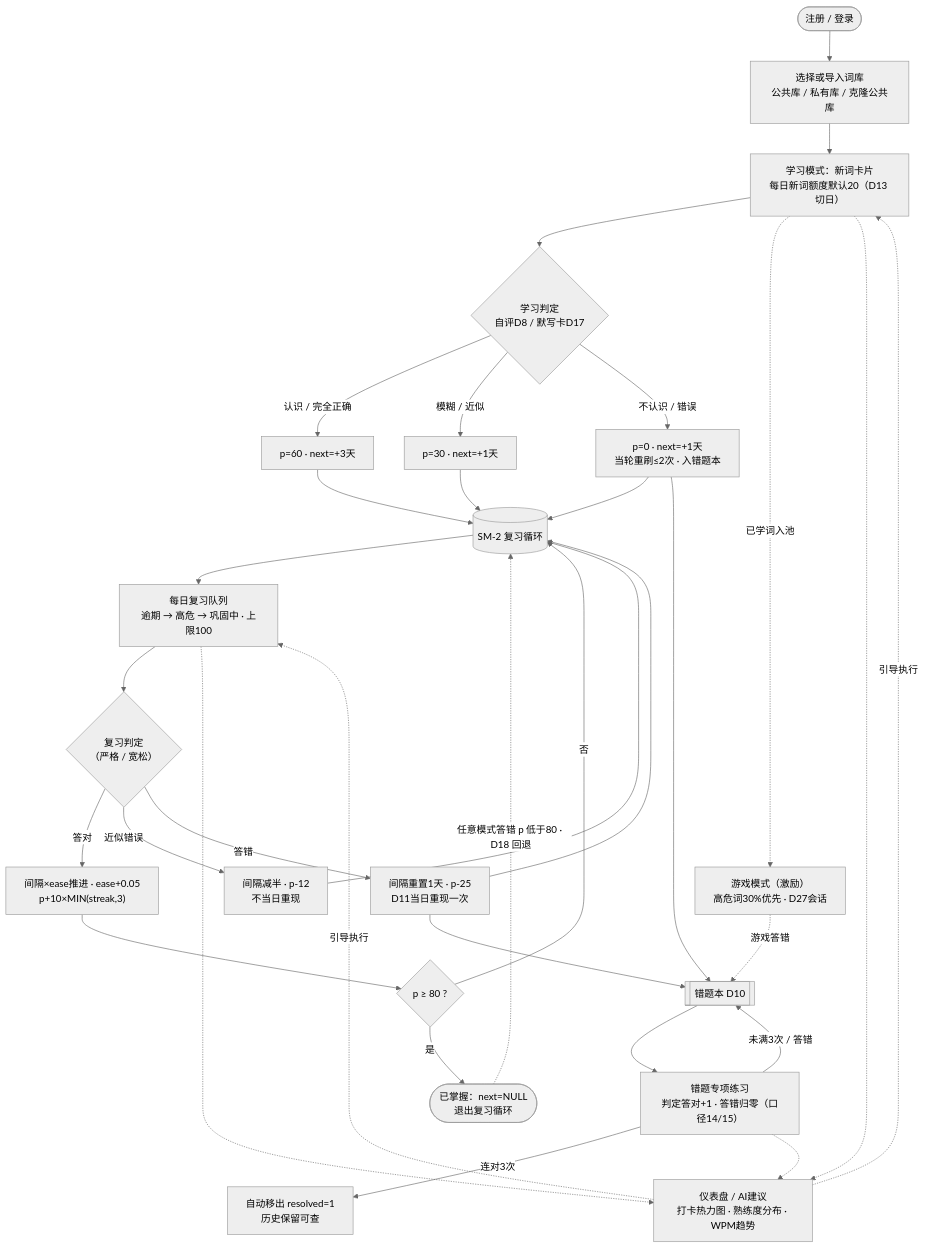
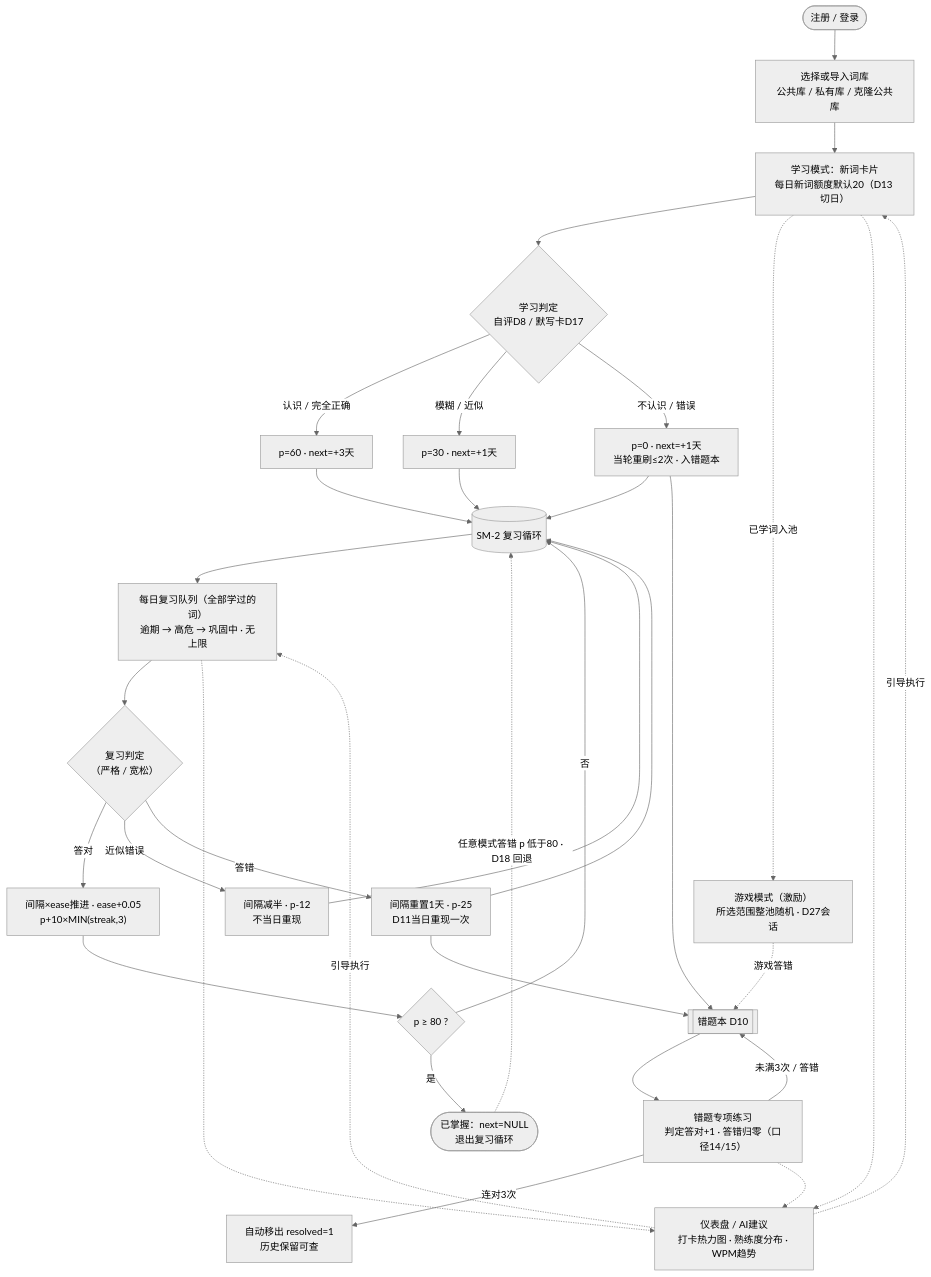
The second of 10 diagrams in docs/业务流程图与功能架构图.md (q0375/WordType), drawn with Mermaid (neutral theme) before and after one commit. The commit also changed other lines of this file and 105 other files, not shown here.

````diff
--- a/docs/业务流程图与功能架构图.md
+++ b/docs/业务流程图与功能架构图.md
@@ -55,35 +55,35 @@
 ```mermaid
 flowchart TD
     S([注册 / 登录]) --> B["选择或导入词库<br/>公共库 / 私有库 / 克隆公共库"]
     B --> C["学习模式：新词卡片<br/>每日新词额度默认20（D13 切日）"]
     C --> D{"学习判定<br/>自评D8 / 默写卡D17"}
     D -->|"认识 / 完全正确"| E["p=60 · next=+3天"]
     D -->|"模糊 / 近似"| F["p=30 · next=+1天"]
     D -->|"不认识 / 错误"| G["p=0 · next=+1天<br/>当轮重刷≤2次 · 入错题本"]
     E --> H[("SM-2 复习循环")]
     F --> H
     G --> H
-    H --> I["每日复习队列<br/>逾期 → 高危 → 巩固中 · 上限100"]
+    H --> I["每日复习队列（全部学过的词）<br/>逾期 → 高危 → 巩固中 · 无上限"]
     I --> J{"复习判定<br/>（严格 / 宽松）"}
     J -->|"答对"| K["间隔×ease推进 · ease+0.05<br/>p+10×MIN(streak,3)"]
     J -->|"近似错误"| L["间隔减半 · p-12<br/>不当日重现"]
     J -->|"答错"| M["间隔重置1天 · p-25<br/>D11当日重现一次"]
     K --> N{"p ≥ 80 ?"}
     N -->|"是"| O(["已掌握：next=NULL<br/>退出复习循环"])
     N -->|"否"| H
     L --> H
     M --> H
     O -.->|"任意模式答错 p 低于80 · D18 回退"| H
     G --> P[["错题本 D10"]]
     M --> P
     P --> Q["错题专项练习<br/>判定答对+1 · 答错归零（口径14/15）"]
     Q -->|"连对3次"| R["自动移出 resolved=1<br/>历史保留可查"]
     Q -->|"未满3次 / 答错"| P
-    C -.->|"已学词入池"| U["游戏模式（激励）<br/>高危词30%优先 · D27会话"]
+    C -.->|"已学词入池"| U["游戏模式（激励）<br/>所选范围整池随机 · D27会话"]
     U -.->|"游戏答错"| P
     C -.-> V["仪表盘 / AI建议<br/>打卡热力图 · 熟练度分布 · WPM趋势"]
     I -.-> V
     Q -.-> V
     V -.->|"引导执行"| C
     V -.->|"引导执行"| I
 ```
````
